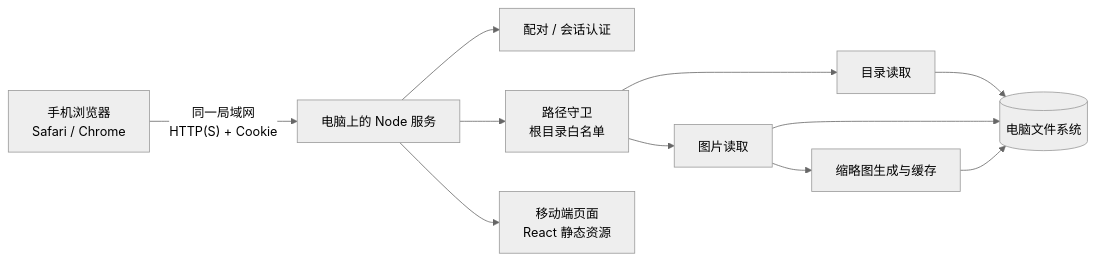
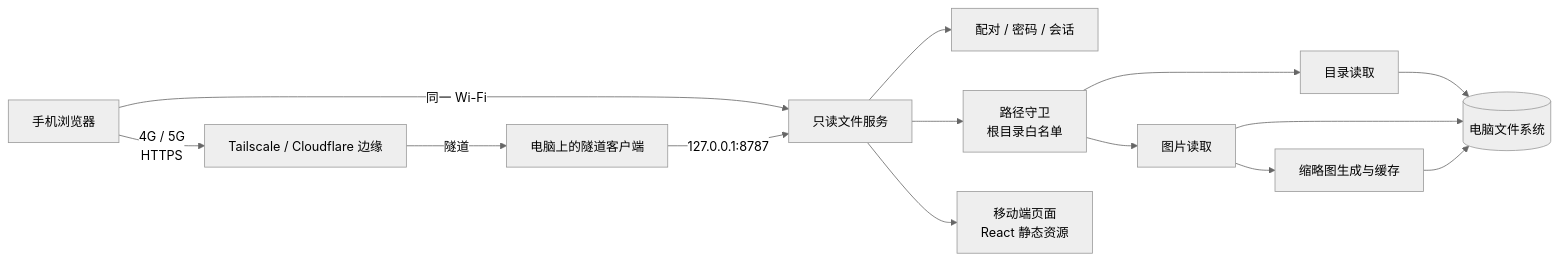
The first of 3 diagrams in docs/proposals/mobile-file-browser.md (Tillas-star/DSH_SuperagentHub-Private-), drawn with Mermaid (neutral theme) before and after one commit. The commit also changed other lines of this file, not shown here.

````diff
--- a/docs/proposals/mobile-file-browser.md
+++ b/docs/proposals/mobile-file-browser.md
@@ -100,13 +137,17 @@
 ```mermaid
 flowchart LR
-  Phone["手机浏览器<br/>Safari / Chrome"] -->|"同一局域网<br/>HTTP(S) + Cookie"| Server["电脑上的 Node 服务"]
-  Server --> Auth["配对 / 会话认证"]
-  Server --> Guard["路径守卫<br/>根目录白名单"]
-  Server --> Static["移动端页面<br/>React 静态资源"]
+  Phone["手机浏览器"]
+  Phone -->|"同一 Wi-Fi"| App["只读文件服务"]
+  Phone -->|"4G / 5G<br/>HTTPS"| Edge["Tailscale / Cloudflare 边缘"]
+  Edge -->|"隧道"| Tunnel["电脑上的隧道客户端"]
+  Tunnel -->|"127.0.0.1:8787"| App
+  App --> Auth["配对 / 密码 / 会话"]
+  App --> Guard["路径守卫<br/>根目录白名单"]
+  App --> Static["移动端页面<br/>React 静态资源"]
   Guard --> Dir["目录读取"]
   Guard --> Image["图片读取"]
   Image --> Thumb["缩略图生成与缓存"]
   Dir --> FS[("电脑文件系统")]
   Image --> FS
   Thumb --> FS
 ```
````
